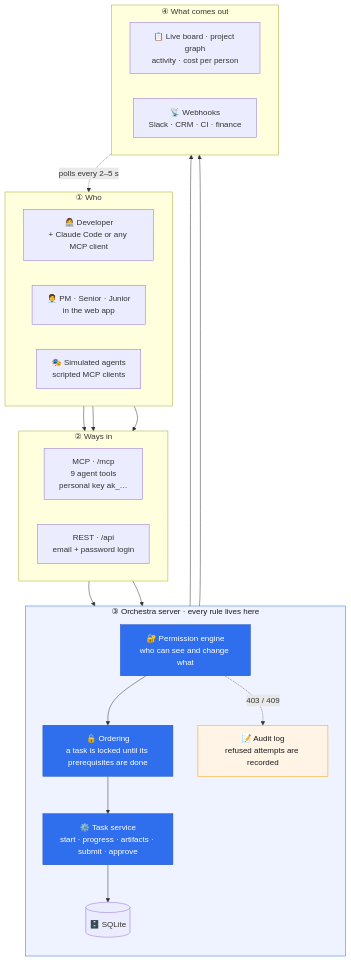
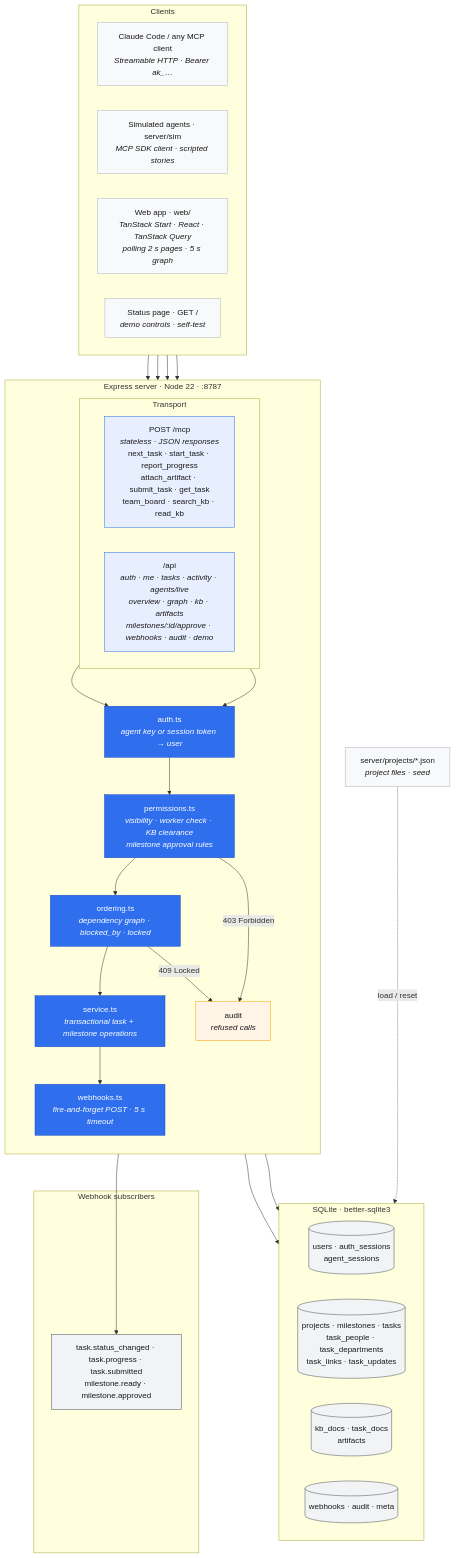
One commit to Omar-s-Org/Orchestra changed the diagram in README.md. Above: the diagram before and after it, drawn with Mermaid. The commit also changed other lines of this file, not shown here.

Commit message:
Docs: replace How it works with a single technical architecture diagram

````diff
--- a/README.md
+++ b/README.md
@@ -53,47 +49,65 @@
 ```mermaid
 flowchart TB
-    subgraph WHO["① Who"]
+    subgraph CLIENTS["Clients"]
         direction LR
-        DEV["👩‍💻 Developer<br/>+ Claude Code or any MCP client"]
-        HUM["🧑‍💼 PM · Senior · Junior<br/>in the web app"]
-        SIM["🎭 Simulated agents<br/>scripted MCP clients"]
+        CC["Claude Code / any MCP client<br/><i>Streamable HTTP · Bearer ak_…</i>"]
+        SIM["Simulated agents · server/sim<br/><i>MCP SDK client · scripted stories</i>"]
+        WEB["Web app · web/<br/><i>TanStack Start · React · TanStack Query</i><br/><i>polling 2 s pages · 5 s graph</i>"]
+        STAT["Status page · GET /<br/><i>demo controls · self-test</i>"]
     end
 
-    subgraph IN["② Ways in"]
-        direction LR
-        MCP["MCP · /mcp<br/>9 agent tools<br/>personal key ak_…"]
-        REST["REST · /api<br/>email + password login"]
+    subgraph API["Express server · Node 22 · :8787"]
+        direction TB
+        subgraph EDGE["Transport"]
+            direction LR
+            MCP["POST /mcp<br/><i>stateless · JSON responses</i><br/>next_task · start_task · report_progress<br/>attach_artifact · submit_task · get_task<br/>team_board · search_kb · read_kb"]
+            REST["/api<br/><i>auth · me · tasks · activity · agents/live</i><br/><i>overview · graph · kb · artifacts</i><br/><i>milestones/:id/approve · webhooks · audit · demo</i>"]
+        end
+        AUTH["auth.ts<br/><i>agent key or session token → user</i>"]
+        PERM["permissions.ts<br/><i>visibility · worker check · KB clearance</i><br/><i>milestone approval rules</i>"]
+        ORD["ordering.ts<br/><i>dependency graph · blocked_by · locked</i>"]
+        SVC["service.ts<br/><i>transactional task + milestone operations</i>"]
+        AUD["audit<br/><i>refused calls</i>"]
+        HOOK["webhooks.ts<br/><i>fire-and-forget POST · 5 s timeout</i>"]
+        MCP --> AUTH
+        REST --> AUTH
+        AUTH --> PERM --> ORD --> SVC
+        PERM -- "403 Forbidden" --> AUD
+        ORD -- "409 Locked" --> AUD
+        SVC --> HOOK
     end
 
-    subgraph CORE["③ Orchestra server · every rule lives here"]
-        direction TB
-        PERM["🔐 Permission engine<br/>who can see and change what"]
-        LOCK["🔒 Ordering<br/>a task is locked until its prerequisites are done"]
-        SVC["⚙️ Task service<br/>start · progress · artifacts · submit · approve"]
-        AUD["📝 Audit log<br/>refused attempts are recorded"]
-        DB[("🗄️ SQLite")]
-        PERM --> LOCK --> SVC --> DB
-        PERM -. "403 / 409" .-> AUD
+    subgraph DATA["SQLite · better-sqlite3"]
+        direction LR
+        T1[("users · auth_sessions<br/>agent_sessions")]
+        T2[("projects · milestones · tasks<br/>task_people · task_departments<br/>task_links · task_updates")]
+        T3[("kb_docs · task_docs<br/>artifacts")]
+        T4[("webhooks · audit · meta")]
     end
 
-    subgraph OUT["④ What comes out"]
-        direction LR
-        LIVE["📋 Live board · project graph<br/>activity · cost per person"]
-        HOOK["📡 Webhooks<br/>Slack · CRM · CI · finance"]
+    subgraph EXT["Webhook subscribers"]
+        EV["task.status_changed · task.progress · task.submitted<br/>milestone.ready · milestone.approved"]
     end
 
-    DEV --> MCP
+    PF["server/projects/*.json<br/><i>project files · seed</i>"]
+
+    CC --> MCP
     SIM --> MCP
-    HUM --> REST
-    MCP --> PERM
-    REST --> PERM
-    SVC --> LIVE
-    SVC --> HOOK
-    LIVE -. "polls every 2–5 s" .-> HUM
+    WEB --> REST
+    STAT --> REST
+    SVC --> DATA
+    AUD --> T4
+    PF -. "load / reset" .-> DATA
+    HOOK --> EV
 
-    style CORE fill:#eef3ff,stroke:#2f6fed,color:#1a1a1a
-    style PERM fill:#2f6fed,stroke:#1c4fbf,color:#ffffff
-    style LOCK fill:#2f6fed,stroke:#1c4fbf,color:#ffffff
-    style SVC fill:#2f6fed,stroke:#1c4fbf,color:#ffffff
-    style AUD fill:#fff4e6,stroke:#f59f00,color:#1a1a1a
+    classDef client fill:#f8f9fb,stroke:#adb5bd,color:#1a1a1a
+    classDef edge fill:#e7eefe,stroke:#2f6fed,color:#1a1a1a
+    classDef core fill:#2f6fed,stroke:#1c4fbf,color:#ffffff
+    classDef warn fill:#fff4e6,stroke:#f59f00,color:#1a1a1a
+    classDef store fill:#f1f3f5,stroke:#495057,color:#1a1a1a
+    class CC,SIM,WEB,STAT,PF client
+    class MCP,REST edge
+    class AUTH,PERM,ORD,SVC,HOOK core
+    class AUD warn
+    class T1,T2,T3,T4,EV store
 ```
````
